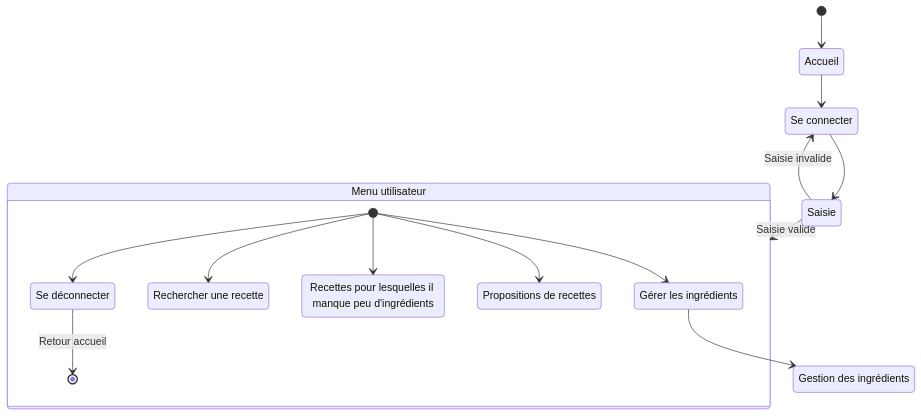
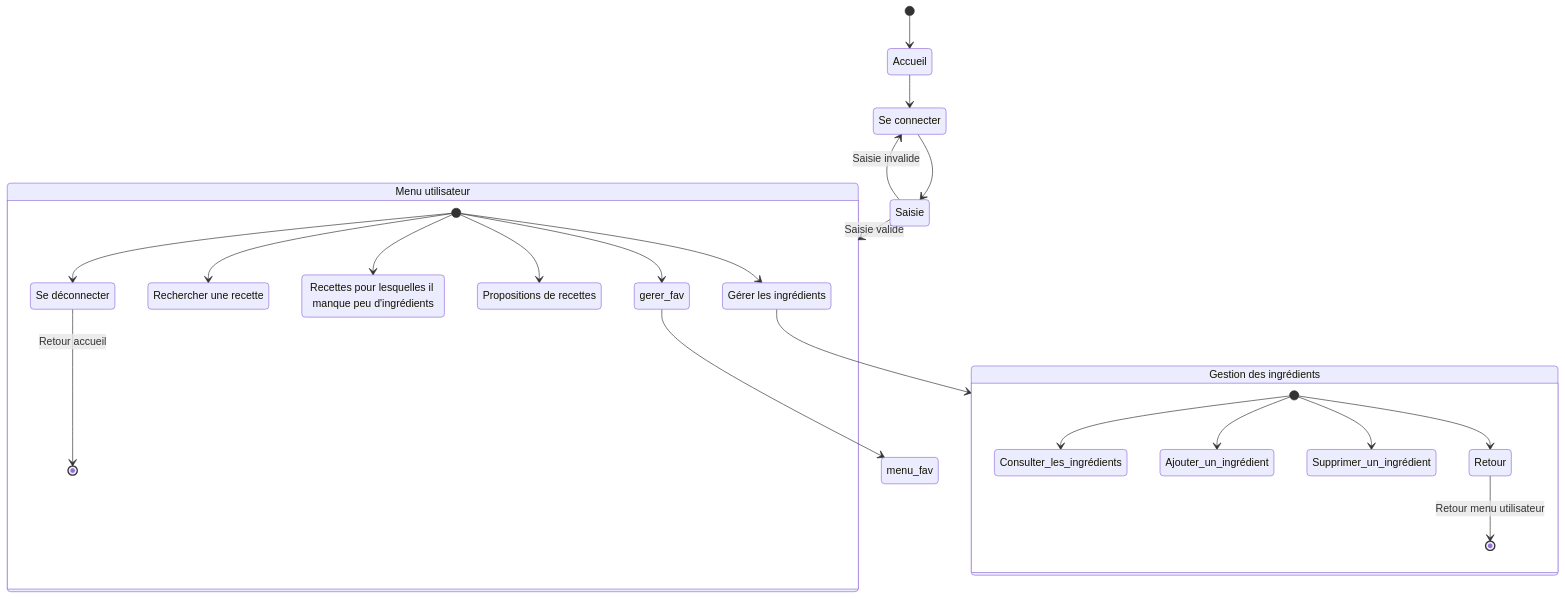
The seventh of 9 diagrams in doc/diag_activites.md (bbrunel/ENSAI-2A-projet-info), drawn with Mermaid before and after one commit. The commit also changed other lines of this file, not shown here.

````diff
--- a/doc/diag_activites.md
+++ b/doc/diag_activites.md
@@ -250,31 +328,44 @@
 ```mermaid
 stateDiagram
     login : Se connecter
     menu_utilisateur : Menu utilisateur
     menu_ingr : Gestion des ingrédients
     gerer_ingr : Gérer les ingrédients
     recettes : Propositions de recettes
     rec_ingr_manquant : Recettes pour lesquelles il manque peu d'ingrédients
     logout : Se déconnecter
     Rechercher : Rechercher une recette
     
     [*] --> Accueil
 
     Accueil --> login
 
     login --> Saisie
     Saisie --> menu_utilisateur: Saisie valide
     Saisie --> login: Saisie invalide
 
     state menu_utilisateur {
     	[*] --> gerer_ingr
+      [*] --> gerer_fav
       [*] --> recettes
       [*] --> rec_ingr_manquant
       [*] --> Rechercher
     	[*] --> logout
       logout --> [*]:Retour accueil
     }
 
     gerer_ingr --> menu_ingr
 
+    gerer_fav --> menu_fav
+
+    state menu_ingr {
+      [*] --> Consulter_les_ingrédients
+      [*] --> Ajouter_un_ingrédient
+      [*] --> Supprimer_un_ingrédient
+      [*] --> Retour
+      Retour --> [*]: Retour menu utilisateur
+        
+    }
+
+
 ```
````
